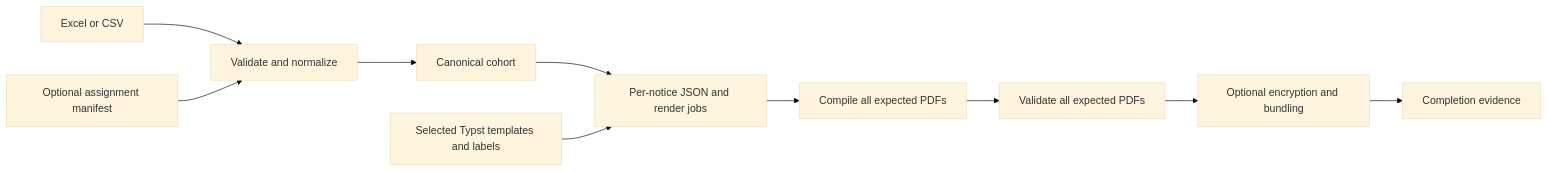
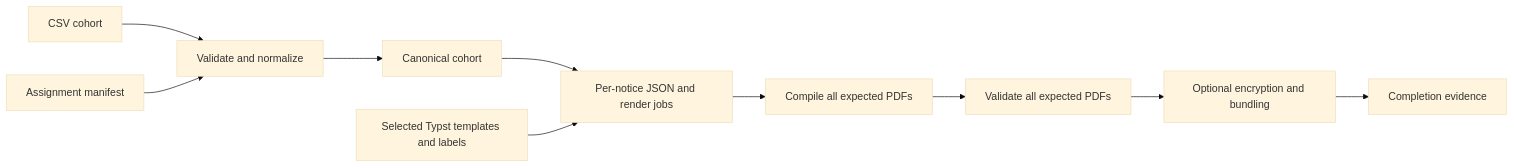
The diagram in docs/reference/architecture.md (WDGPH/ImmuKnow), drawn with Mermaid (base theme) before and after one commit. The commit also changed 11 other files, not shown here.

First line of the commit message:
fix: preserve CSV identities and document assignment-driven use

````diff
--- a/docs/reference/architecture.md
+++ b/docs/reference/architecture.md
@@ -9,12 +9,12 @@
 ```mermaid
 flowchart LR
-    A[Excel or CSV] --> B[Validate and normalize]
-    M[Optional assignment manifest] --> B
+    A[CSV cohort] --> B[Validate and normalize]
+    M[Assignment manifest] --> B
     B --> C[Canonical cohort]
     C --> D[Per-notice JSON and render jobs]
     T[Selected Typst templates and labels] --> D
     D --> E[Compile all expected PDFs]
     E --> F[Validate all expected PDFs]
     F --> G[Optional encryption and bundling]
     G --> H[Completion evidence]
 ```
````
